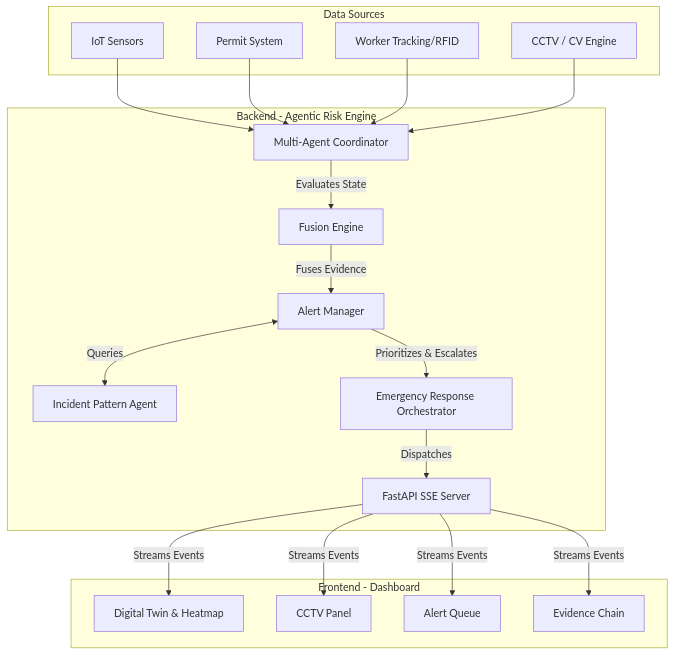
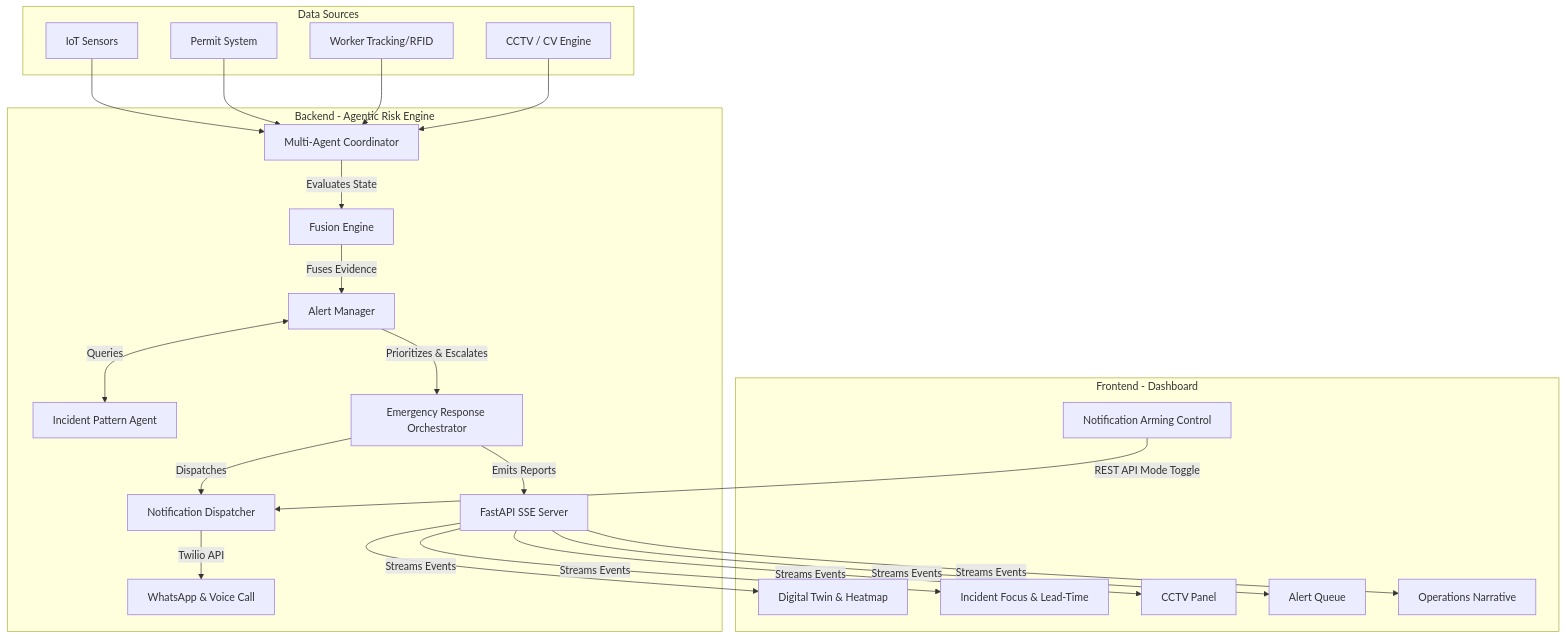
Before and after one commit to Mahatva777/IndusIntel-AI: the first of 3 diagrams in README.md, drawn with Mermaid. The commit also changed other lines of this file and 11 other files, not shown here.

Commit message:
feat(emergency-orchestrator): add multi-channel Twilio dispatch, predictive lead-time projections, and UI control plane

````diff
--- a/README.md
+++ b/README.md
@@ -19,41 +21,48 @@
 ```mermaid
 graph TD
     subgraph Data Sources
         S[IoT Sensors]
         P[Permit System]
         W[Worker Tracking/RFID]
         CV[CCTV / CV Engine]
     end
 
     subgraph Backend - Agentic Risk Engine
         RE[Multi-Agent Coordinator]
         FE[Fusion Engine]
         AM[Alert Manager]
         RAG[Incident Pattern Agent]
         ERO[Emergency Response Orchestrator]
+        NOTIF[Notification Dispatcher]
         SSE[FastAPI SSE Server]
         
         RE -->|"Evaluates State"| FE
         FE -->|"Fuses Evidence"| AM
         AM <-->|"Queries"| RAG
         AM -->|"Prioritizes & Escalates"| ERO
-        ERO -->|"Dispatches"| SSE
+        ERO -->|"Dispatches"| NOTIF
+        NOTIF -->|"Twilio API"| TW[WhatsApp & Voice Call]
+        ERO -->|"Emits Reports"| SSE
     end
 
     subgraph Frontend - Dashboard
         DT[Digital Twin & Heatmap]
+        IF[Incident Focus & Lead-Time]
         CCTV[CCTV Panel]
         AQ[Alert Queue]
-        EC[Evidence Chain]
+        ON[Operations Narrative]
+        CTRL[Notification Arming Control]
         
         SSE -->|"Streams Events"| DT
+        SSE -->|"Streams Events"| IF
         SSE -->|"Streams Events"| CCTV
         SSE -->|"Streams Events"| AQ
-        SSE -->|"Streams Events"| EC
+        SSE -->|"Streams Events"| ON
+        CTRL -->|"REST API Mode Toggle"| NOTIF
     end
 
     S --> RE
     P --> RE
     W --> RE
     CV --> RE
 ```
````
